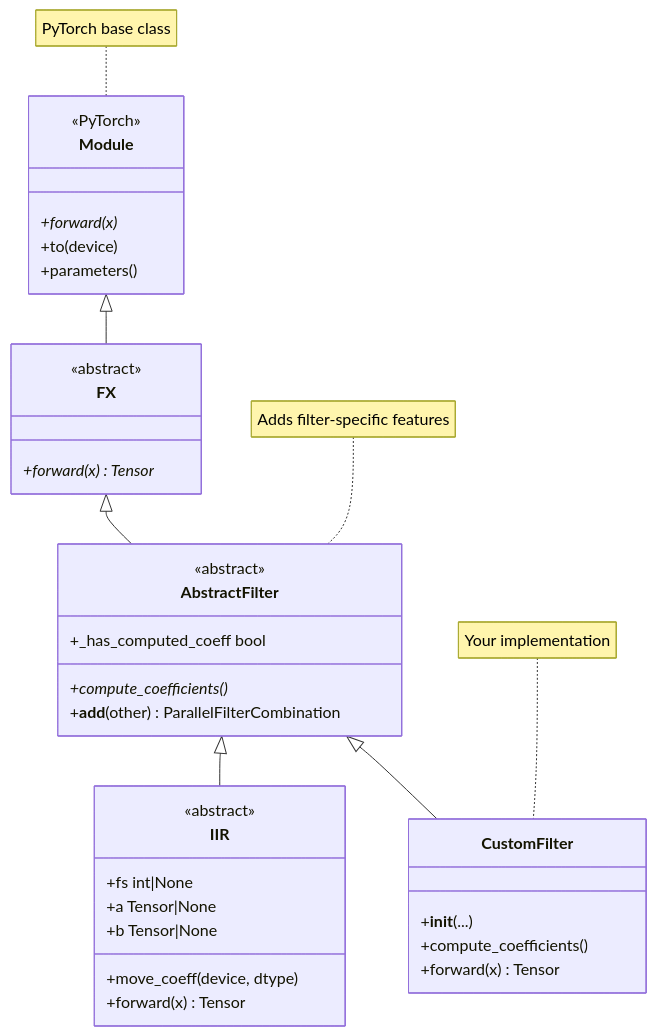
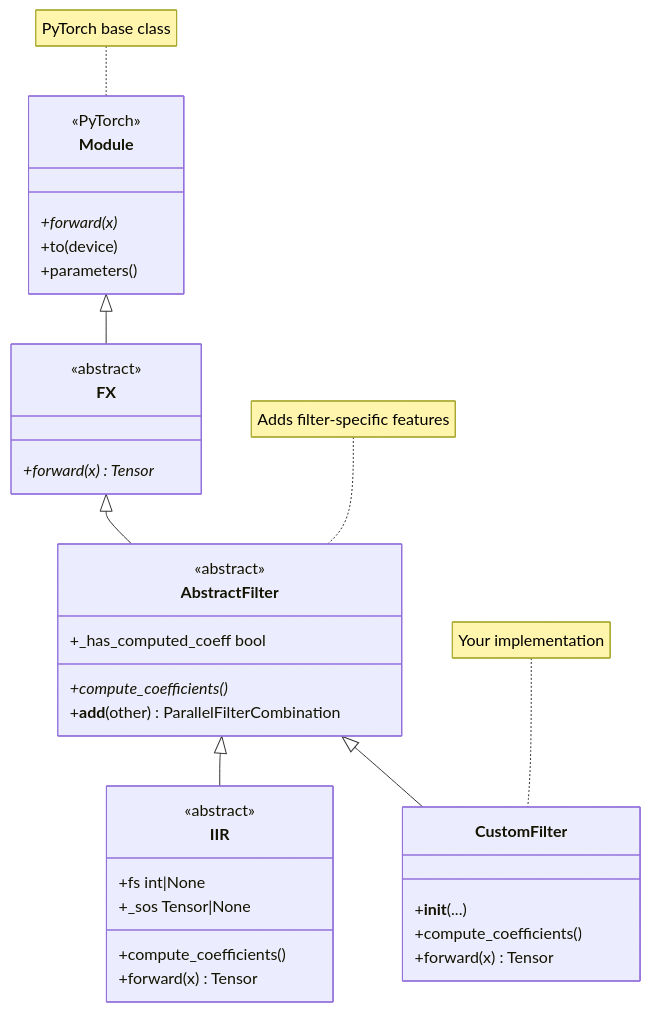
One commit to matteospanio/torchfx changed the first of 2 diagrams in docs/source/guides/tutorials/custom-filters.md. Above: the diagram before and after it, drawn with Mermaid. The commit also changed other lines of this file and 14 other files, not shown here.

````diff
--- a/docs/source/guides/tutorials/custom-filters.md
+++ b/docs/source/guides/tutorials/custom-filters.md
@@ -15,45 +15,44 @@
 ```{mermaid}
 classDiagram
     class Module {
         <<PyTorch>>
         +forward(x)*
         +to(device)
         +parameters()
     }
 
     class FX {
         <<abstract>>
         +forward(x) Tensor*
     }
 
     class AbstractFilter {
         <<abstract>>
         +compute_coefficients()*
         +__add__(other) ParallelFilterCombination
         +_has_computed_coeff bool
     }
 
     class IIR {
         <<abstract>>
         +fs int|None
-        +a Tensor|None
-        +b Tensor|None
-        +move_coeff(device, dtype)
+        +_sos Tensor|None
+        +compute_coefficients()
         +forward(x) Tensor
     }
 
     class CustomFilter {
         +__init__(...)
         +compute_coefficients()
         +forward(x) Tensor
     }
 
     Module <|-- FX
     FX <|-- AbstractFilter
     AbstractFilter <|-- IIR
     AbstractFilter <|-- CustomFilter
 
     note for Module "PyTorch base class"
     note for AbstractFilter "Adds filter-specific features"
     note for CustomFilter "Your implementation"
 ```
````
